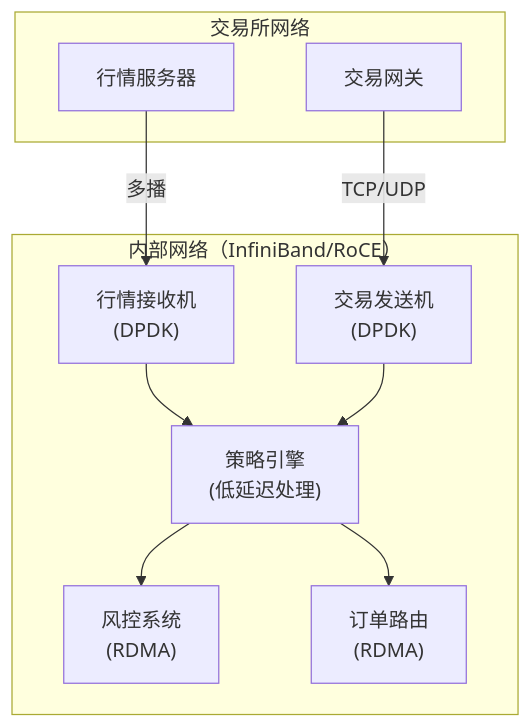
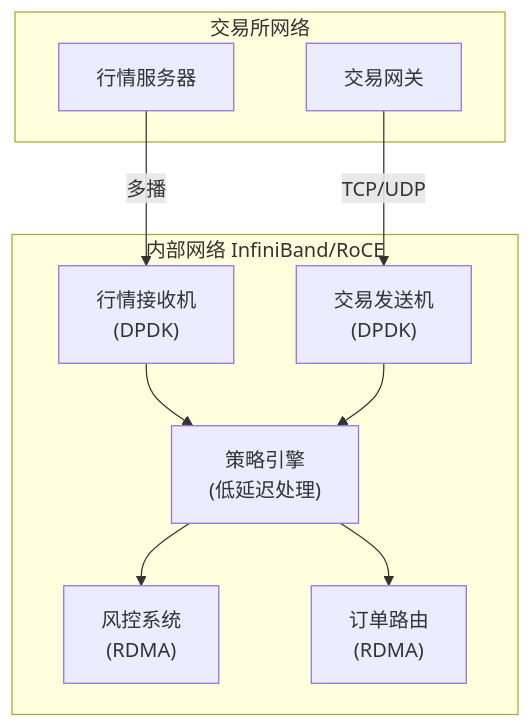
One commit to jpixy/jpixy.github.io changed the diagram in content/articles/hft/hft-34-HFT面试题-网络优化.md. Above: the diagram before and after it, drawn with Mermaid. The commit also changed 66 other files, not shown here.

Commit message:
fix: resolve Mermaid syntax errors by removing parentheses in node labels

````diff
--- a/content/articles/hft/hft-34-HFT面试题-网络优化.md
+++ b/content/articles/hft/hft-34-HFT面试题-网络优化.md
@@ -1401,20 +1401,20 @@
 ```mermaid
 graph TB
     subgraph EX["交易所网络"]
         MD[行情服务器]
         TG[交易网关]
     end
-    subgraph INT["内部网络（InfiniBand/RoCE）"]
+    subgraph INT["内部网络 InfiniBand/RoCE"]
         MDR["行情接收机<br/>(DPDK)"]
         TDS["交易发送机<br/>(DPDK)"]
         SE["策略引擎<br/>(低延迟处理)"]
         RC["风控系统<br/>(RDMA)"]
         OR["订单路由<br/>(RDMA)"]
     end
     MD -->|多播| MDR
     TG -->|TCP/UDP| TDS
     MDR --> SE
     TDS --> SE
     SE --> RC
     SE --> OR
 ```
````
